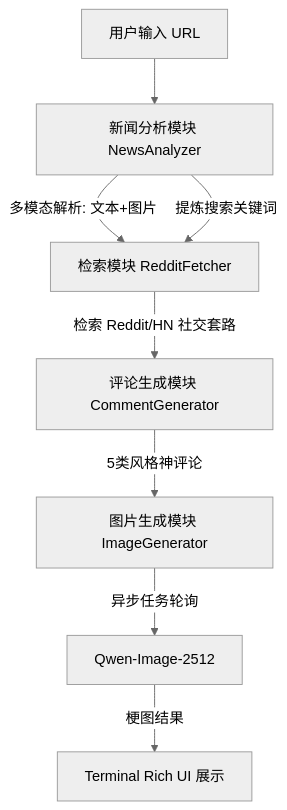
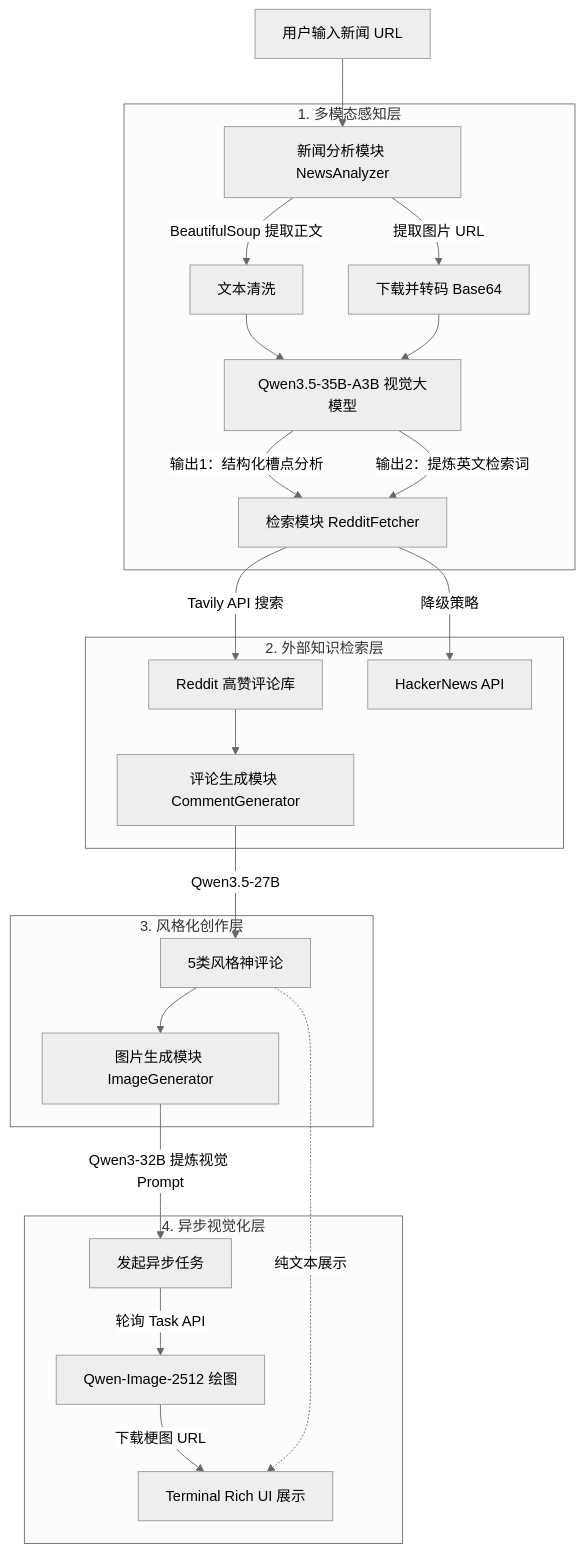
Before and after one commit to unclezhou486/NewsRoast-Agent: the diagram in README.md, drawn with Mermaid (neutral theme). The commit also changed other lines of this file and 2 other files, not shown here.

````diff
--- a/README.md
+++ b/README.md
@@ -10,10 +19,32 @@
 ```mermaid
 graph TD
-    A[用户输入 URL] --> B[新闻分析模块 NewsAnalyzer]
-    B -- 多模态解析: 文本+图片 --> C[检索模块 RedditFetcher]
-    B -- 提炼搜索关键词 --> C
-    C -- 检索 Reddit/HN 社交套路 --> D[评论生成模块 CommentGenerator]
-    D -- 5类风格神评论 --> E[图片生成模块 ImageGenerator]
-    E -- 异步任务轮询 --> F[Qwen-Image-2512]
-    F -- 梗图结果 --> G[Terminal Rich UI 展示]
+    A[用户输入新闻 URL] --> B[新闻分析模块 NewsAnalyzer]
+    
+    subgraph 1. 多模态感知层
+    B -- BeautifulSoup 提取正文 --> B1[文本清洗]
+    B -- 提取图片 URL --> B2[下载并转码 Base64]
+    B1 --> B3[Qwen3.5-35B-A3B 视觉大模型]
+    B2 --> B3
+    B3 -- 输出1：结构化槽点分析 --> C
+    B3 -- 输出2：提炼英文检索词 --> C
+    end
+
+    subgraph 2. 外部知识检索层
+    C[检索模块 RedditFetcher] -- Tavily API 搜索 --> C1[Reddit 高赞评论库]
+    C -- 降级策略 --> C2[HackerNews API]
+    C1 --> D
+    end
+
+    subgraph 3. 风格化创作层
+    D[评论生成模块 CommentGenerator] -- Qwen3.5-27B --> D1[5类风格神评论]
+    D1 --> E
+    end
+
+    subgraph 4. 异步视觉化层
+    E[图片生成模块 ImageGenerator] -- Qwen3-32B 提炼视觉 Prompt --> E1[发起异步任务]
+    E1 -- 轮询 Task API --> E2[Qwen-Image-2512 绘图]
+    E2 -- 下载梗图 URL --> F[Terminal Rich UI 展示]
+    end
+    
+    D1 -. 纯文本展示 .-> F
 ```
````
